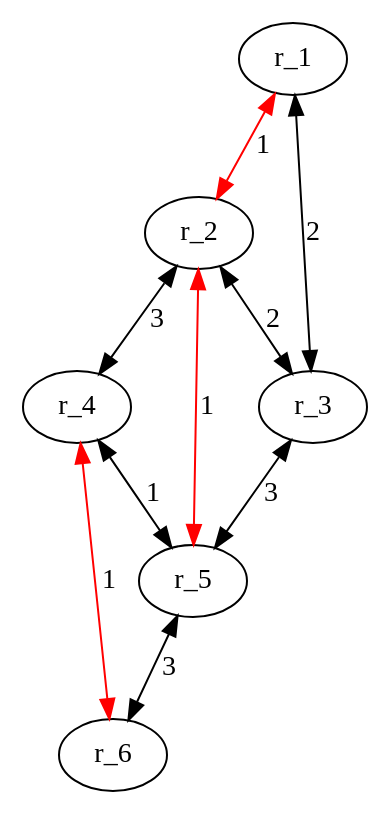
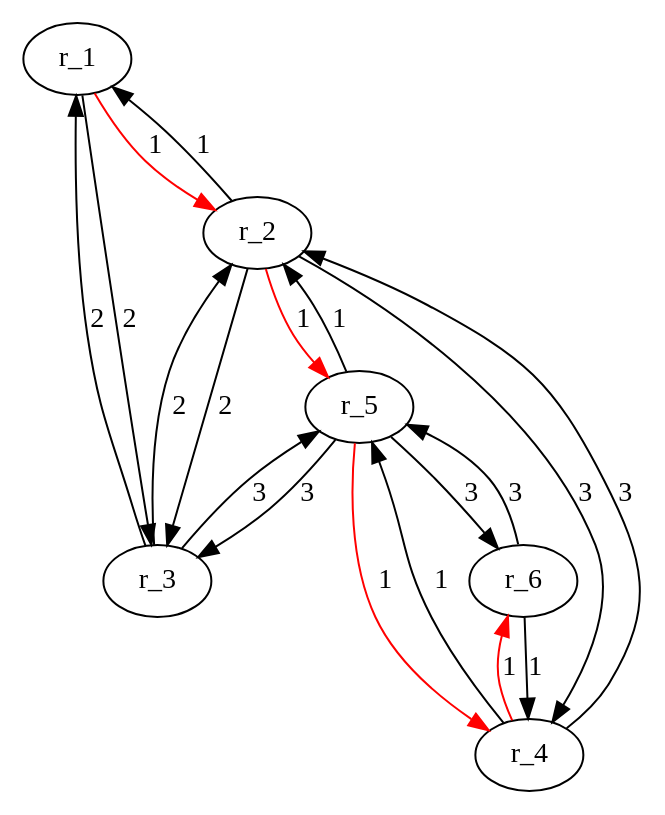
Before and after one commit to MassiGy/Network-routing-overview: the diagram in src/network.dot, drawn with Graphviz. The commit also changed 1 other file, not shown here.

```diff
--- a/src/network.dot
+++ b/src/network.dot
@@ -1,11 +1,20 @@
 digraph network {
-	r_1->r_2 [dir =both] [label ="1"] [color ="red"];
-	r_1->r_3 [dir =both] [label ="2"];
-	r_2->r_3 [dir =both] [label ="2"];
-	r_2->r_4 [dir =both] [label ="3"];
-	r_2->r_5 [dir =both] [label ="1"] [color ="red"];
-	r_3->r_5 [dir =both] [label ="3"];
-	r_4->r_5 [dir =both] [label ="1"];
-	r_4->r_6 [dir =both] [label ="1"] [color ="red"];
-	r_5->r_6 [dir =both] [label ="3"];
+	r_1->r_2 [label ="1"] [color ="red"];
+	r_1->r_3 [label ="2"];
+	r_2->r_1 [label ="1"];
+	r_2->r_3 [label ="2"];
+	r_2->r_4 [label ="3"];
+	r_2->r_5 [label ="1"] [color ="red"];
+	r_3->r_1 [label ="2"];
+	r_3->r_2 [label ="2"];
+	r_3->r_5 [label ="3"];
+	r_4->r_2 [label ="3"];
+	r_4->r_5 [label ="1"];
+	r_4->r_6 [label ="1"] [color ="red"];
+	r_5->r_2 [label ="1"];
+	r_5->r_3 [label ="3"];
+	r_5->r_4 [label ="1"] [color ="red"];
+	r_5->r_6 [label ="3"];
+	r_6->r_4 [label ="1"];
+	r_6->r_5 [label ="3"];
 }
```
